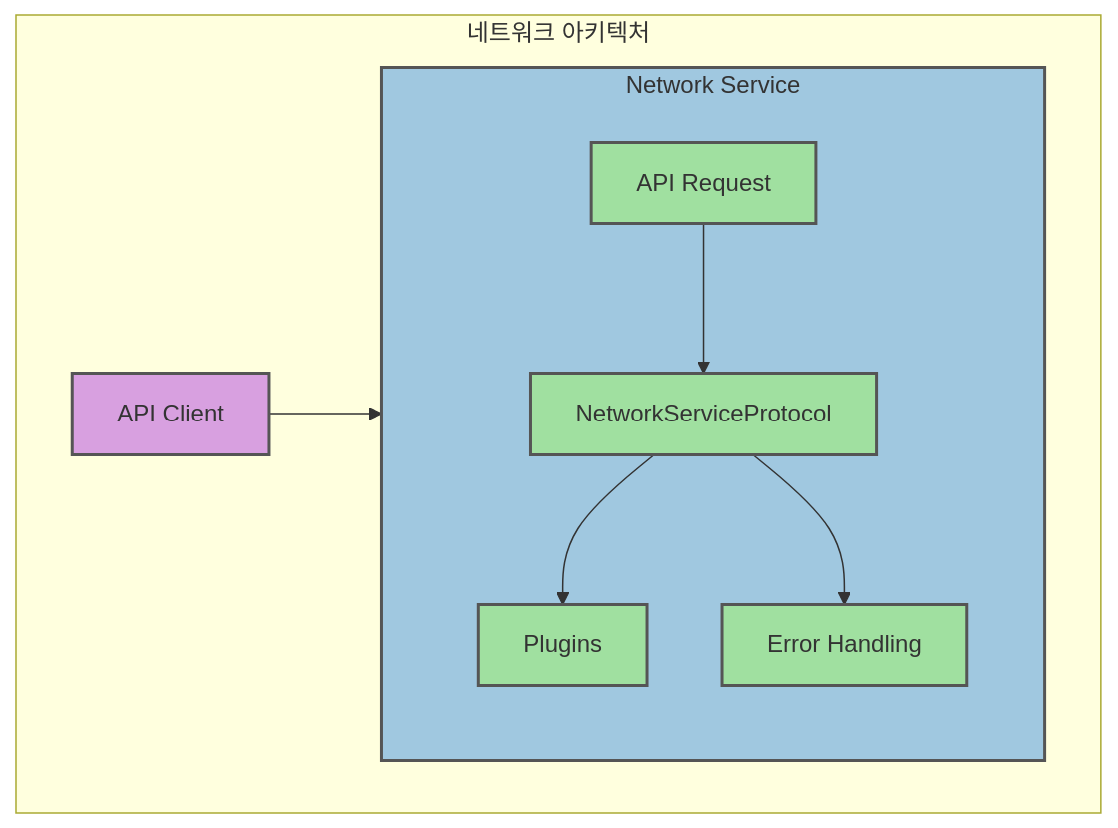
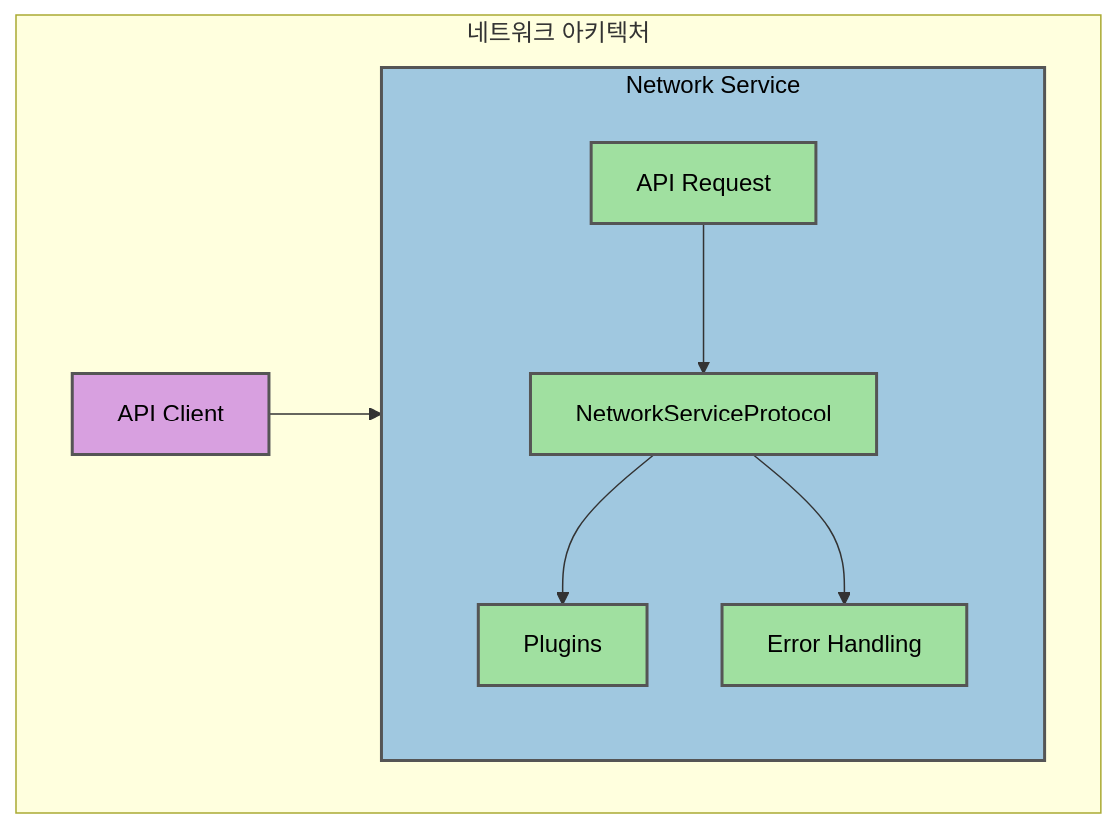
Before and after one commit to Jimmy-Jung/TossBankClone: the third of 4 diagrams in README.md, drawn with Mermaid. The commit also changed other lines of this file, not shown here.

````diff
--- a/README.md
+++ b/README.md
@@ -274,25 +274,25 @@
 ```mermaid
 flowchart TB
     subgraph "네트워크 아키텍처"
         APIClient["API Client"] --> NetworkService
         
         subgraph NetworkService["Network Service"]
             APIRequest["API Request"]
             NetworkServiceProtocol["NetworkServiceProtocol"]
             Plugins["Plugins"]
             ErrorHandling["Error Handling"]
             
             APIRequest --> NetworkServiceProtocol
             NetworkServiceProtocol --> Plugins
             NetworkServiceProtocol --> ErrorHandling
         end
     end
     
-    classDef client fill:#d8a0e0,stroke:#555,stroke-width:2px
-    classDef service fill:#a0c8e0,stroke:#555,stroke-width:2px
-    classDef component fill:#a0e0a0,stroke:#555,stroke-width:2px
+    classDef client fill:#d8a0e0,stroke:#555,stroke-width:2px,color:#000000
+    classDef service fill:#a0c8e0,stroke:#555,stroke-width:2px,color:#000000
+    classDef component fill:#a0e0a0,stroke:#555,stroke-width:2px,color:#000000
     
     class APIClient client
     class NetworkService service
     class APIRequest,NetworkServiceProtocol,Plugins,ErrorHandling component
 ```
````
